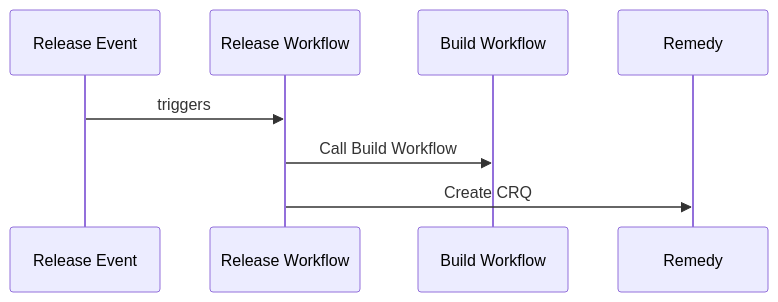
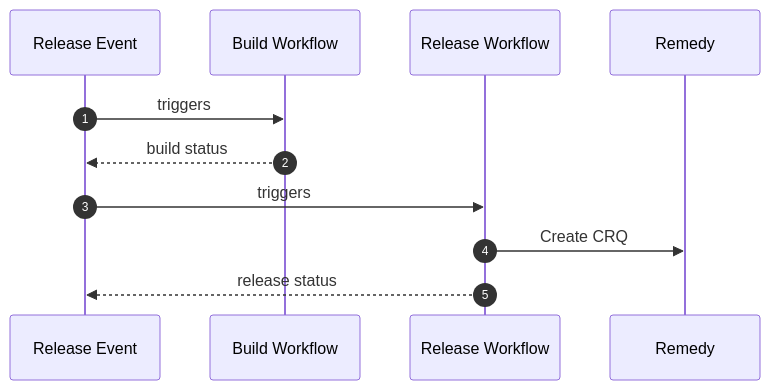
The second of 4 diagrams in README.md (devarab1/Diagrams), drawn with Mermaid before and after one commit. The commit also changed other lines of this file, not shown here.

````diff
--- a/README.md
+++ b/README.md
@@ -24,11 +26,14 @@
 ```mermaid
 sequenceDiagram
+    autonumber
     participant Release Event
+    participant Build Workflow
     participant Release Workflow
-    participant Build Workflow
     participant Remedy
 
+    Release Event->>Build Workflow: triggers
+    Build Workflow-->>Release Event: build status
     Release Event->>Release Workflow: triggers
-    Release Workflow->>Build Workflow: Call Build Workflow
     Release Workflow->>Remedy: Create CRQ
+    Release Workflow-->>Release Event: release status
 ```
````
